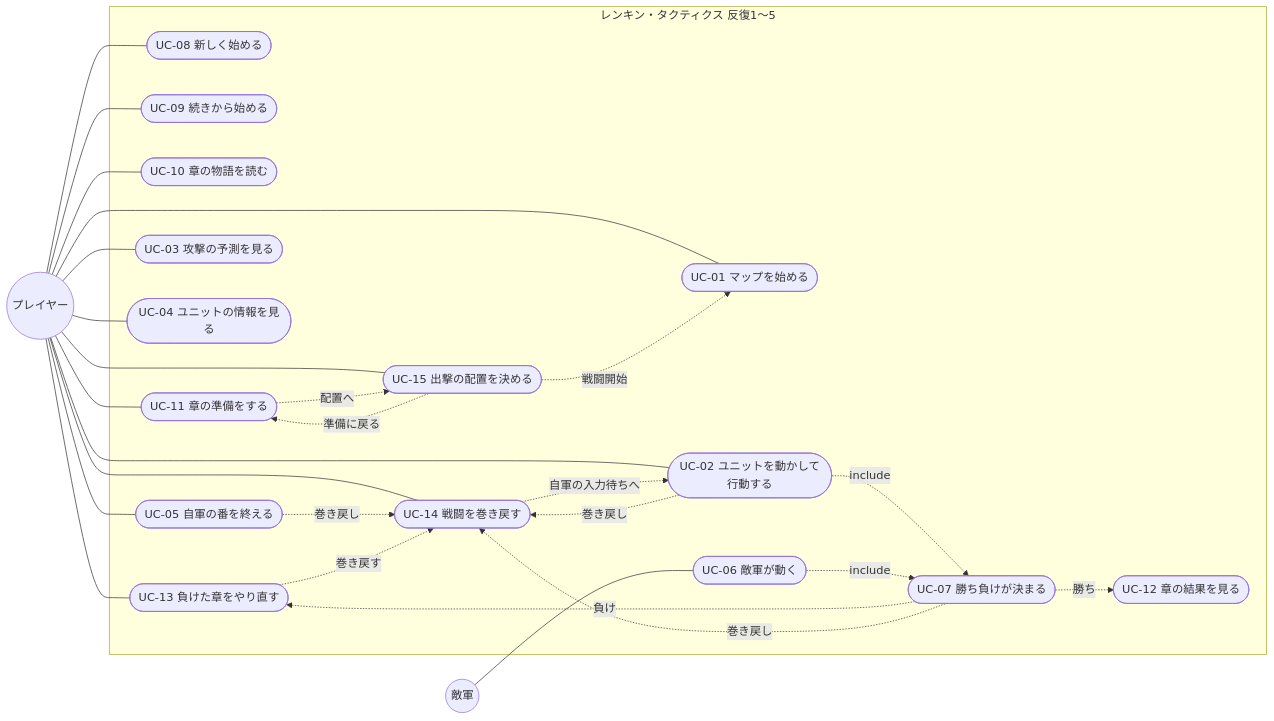
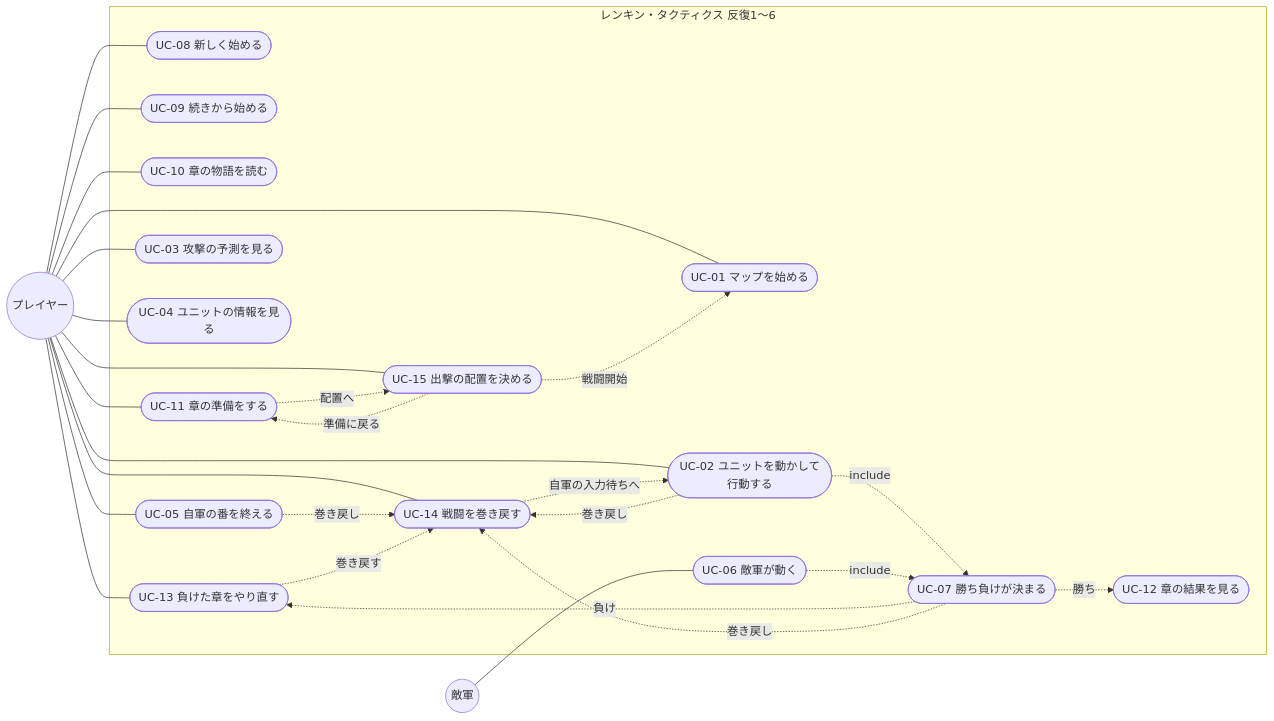
One commit to sakana396/renkin_tactics changed the diagram in docs/02_requirements/use-cases.md. Above: the diagram before and after it, drawn with Mermaid. The commit also changed other lines of this file and 5 other files, not shown here.

````diff
--- a/docs/02_requirements/use-cases.md
+++ b/docs/02_requirements/use-cases.md
@@ -17,47 +17,47 @@
 ```mermaid
 flowchart LR
   P((プレイヤー))
   E((敵軍))
-  subgraph RT[レンキン・タクティクス 反復1〜5]
+  subgraph RT[レンキン・タクティクス 反復1〜6]
     UC08([UC-08 新しく始める])
     UC09([UC-09 続きから始める])
     UC10([UC-10 章の物語を読む])
     UC11([UC-11 章の準備をする])
     UC01([UC-01 マップを始める])
     UC02([UC-02 ユニットを動かして行動する])
     UC03([UC-03 攻撃の予測を見る])
     UC04([UC-04 ユニットの情報を見る])
     UC05([UC-05 自軍の番を終える])
     UC06([UC-06 敵軍が動く])
     UC07([UC-07 勝ち負けが決まる])
     UC12([UC-12 章の結果を見る])
     UC13([UC-13 負けた章をやり直す])
     UC14([UC-14 戦闘を巻き戻す])
     UC15([UC-15 出撃の配置を決める])
   end
   P --- UC08
   P --- UC09
   P --- UC10
   P --- UC11
   P --- UC13
   P --- UC14
   P --- UC15
   P --- UC01
   P --- UC02
   P --- UC03
   P --- UC04
   P --- UC05
   E --- UC06
   UC02 -.include.-> UC07
   UC06 -.include.-> UC07
   UC07 -.勝ち.-> UC12
   UC07 -.負け.-> UC13
   UC11 -.配置へ.-> UC15
   UC15 -.戦闘開始.-> UC01
   UC15 -.準備に戻る.-> UC11
   UC02 -.巻き戻し.-> UC14
   UC05 -.巻き戻し.-> UC14
   UC07 -.巻き戻し.-> UC14
   UC13 -.巻き戻す.-> UC14
   UC14 -.自軍の入力待ちへ.-> UC02
 ```
````
